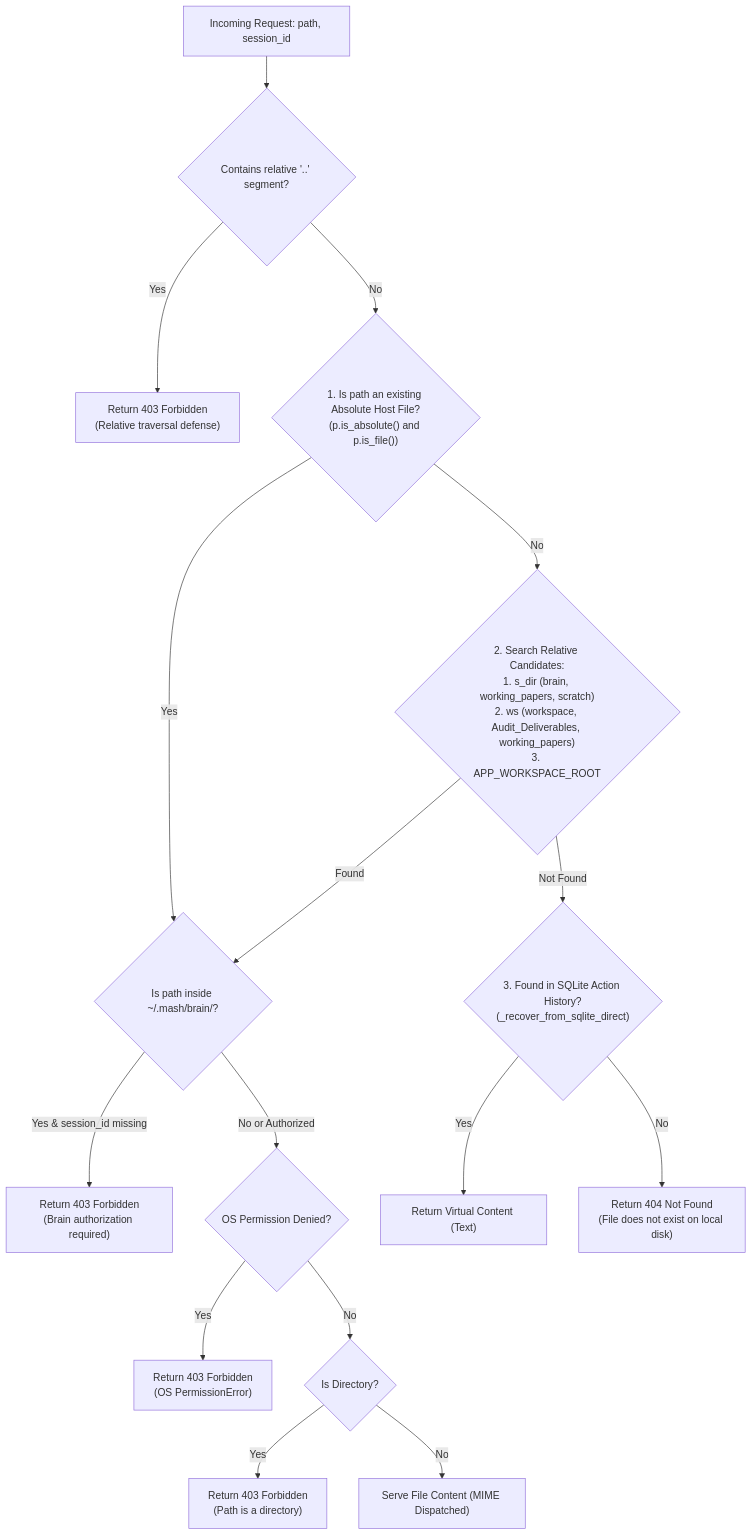
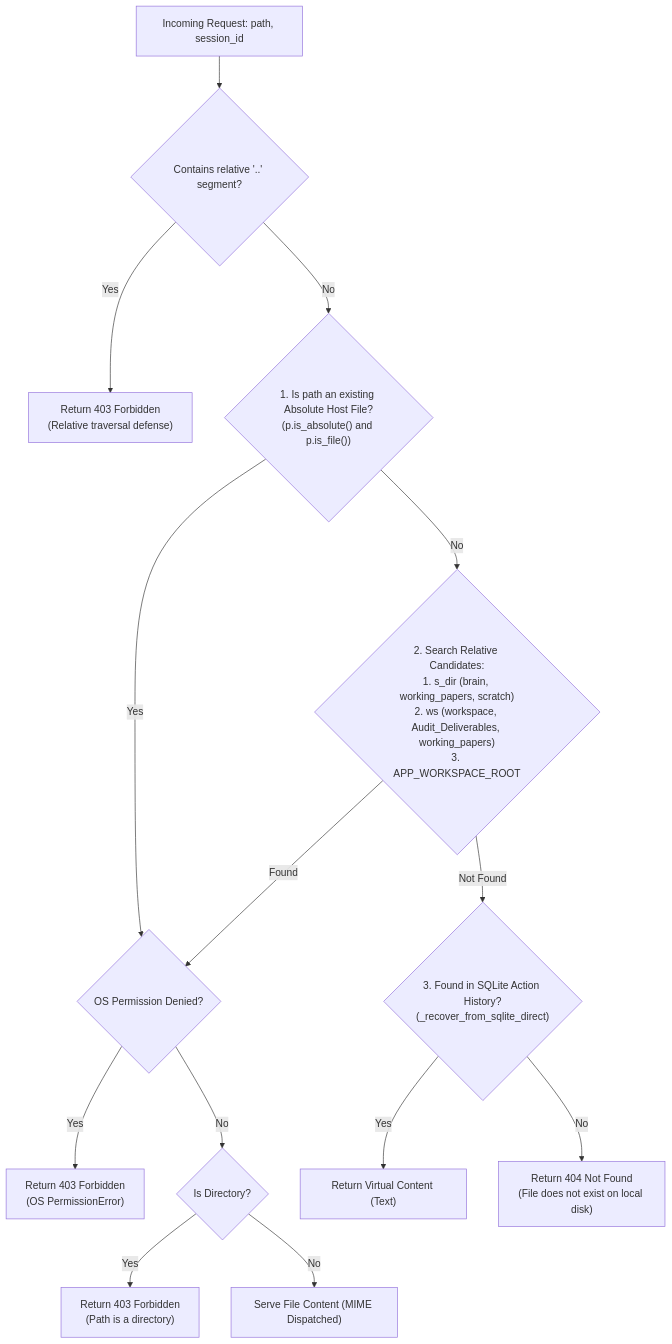
The third of 3 diagrams in ARCHITECTURE.md (mahwa5531-coder/Mash-Unified), drawn with Mermaid before and after one commit. The commit also changed other lines of this file and 2 other files, not shown here.

Commit message:
docs & fix: align architecture and test suite with single-user desktop read model, removing artificial brain isolation blocks

````diff
--- a/ARCHITECTURE.md
+++ b/ARCHITECTURE.md
@@ -256,18 +260,16 @@
 ```mermaid
 flowchart TD
     Start["Incoming Request: path, session_id"] --> Step0{"Contains relative '..' segment?"}
     Step0 -- Yes --> Ret403Rel["Return 403 Forbidden<br/>(Relative traversal defense)"]
     Step0 -- No --> Step1{"1. Is path an existing Absolute Host File?<br/>(p.is_absolute() and p.is_file())"}
-    Step1 -- Yes --> BrainAuthCheck{"Is path inside ~/.mash/brain/?"}
+    Step1 -- Yes --> CheckPerm{"OS Permission Denied?"}
     Step1 -- No --> Step2{"2. Search Relative Candidates:<br/>1. s_dir (brain, working_papers, scratch)<br/>2. ws (workspace, Audit_Deliverables, working_papers)<br/>3. APP_WORKSPACE_ROOT"}
-    Step2 -- Found --> BrainAuthCheck
+    Step2 -- Found --> CheckPerm
     Step2 -- Not Found --> Step3{"3. Found in SQLite Action History?<br/>(_recover_from_sqlite_direct)"}
     Step3 -- Yes --> ServeVirtual["Return Virtual Content (Text)"]
     Step3 -- No --> Ret404["Return 404 Not Found<br/>(File does not exist on local disk)"]
-    BrainAuthCheck -- Yes & session_id missing --> Ret403Brain["Return 403 Forbidden<br/>(Brain authorization required)"]
-    BrainAuthCheck -- No or Authorized --> CheckPerm{"OS Permission Denied?"}
     CheckPerm -- Yes --> Ret403Perm["Return 403 Forbidden<br/>(OS PermissionError)"]
     CheckPerm -- No --> CheckDir{"Is Directory?"}
     CheckDir -- Yes --> Ret403Dir["Return 403 Forbidden<br/>(Path is a directory)"]
     CheckDir -- No --> ServeFile["Serve File Content (MIME Dispatched)"]
 ```
````
